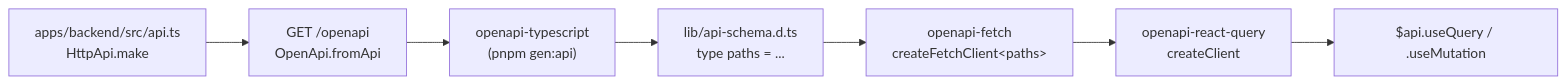
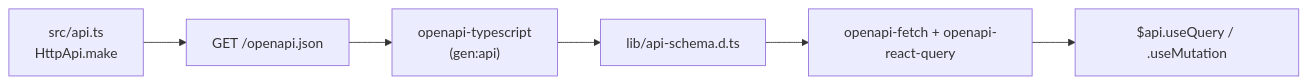
One commit to Darna-Digital/darna-stack changed the diagram in apps/docs/content/docs/web-client.mdx. Above: the diagram before and after it, drawn with Mermaid. The commit also changed other lines of this file and 21 other files, not shown here.

````diff
--- a/apps/docs/content/docs/web-client.mdx
+++ b/apps/docs/content/docs/web-client.mdx
@@ -27,9 +21,8 @@
 ```mermaid
 flowchart LR
-  Api[apps/backend/src/api.ts<br/>HttpApi.make] --> Spec[GET /openapi<br/>OpenApi.fromApi]
-  Spec --> Codegen["openapi-typescript<br/>(pnpm gen:api)"]
-  Codegen --> Types[lib/api-schema.d.ts<br/>type paths = ...]
-  Types --> Fetch[openapi-fetch<br/>createFetchClient&lt;paths&gt;]
-  Fetch --> RQ[openapi-react-query<br/>createClient]
-  RQ --> Hooks[$api.useQuery / .useMutation]
+  Api["src/api.ts<br/>HttpApi.make"] --> Spec["GET /openapi.json"]
+  Spec --> Codegen["openapi-typescript<br/>(gen:api)"]
+  Codegen --> Types["lib/api-schema.d.ts"]
+  Types --> Client["openapi-fetch + openapi-react-query"]
+  Client --> Hooks["$api.useQuery / .useMutation"]
 ```
````
